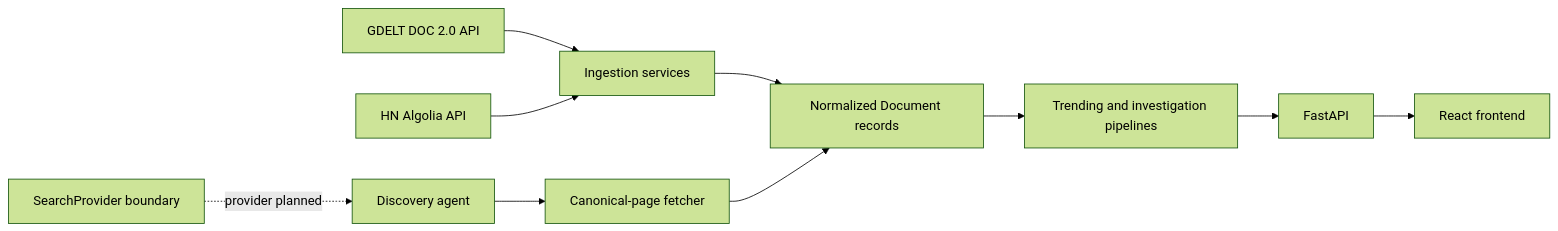
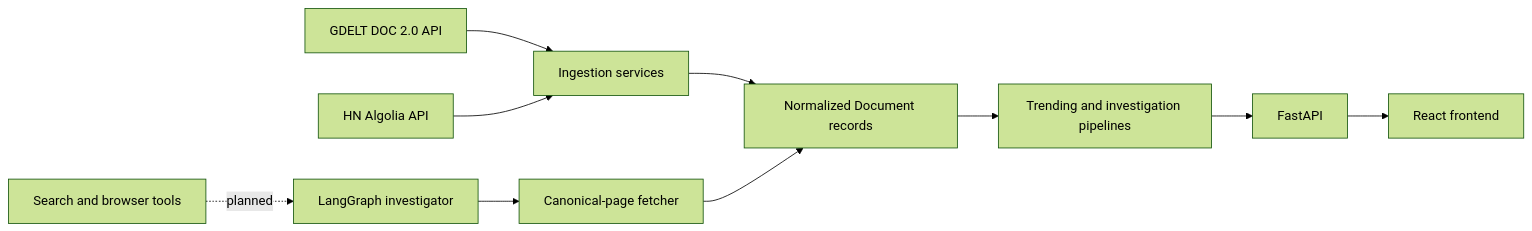
The diagram in README.md (mnihad000/rhetoriq), drawn with Mermaid (forest theme) before and after one commit. The commit also changed other lines of this file and 30 other files, not shown here.

````diff
--- a/README.md
+++ b/README.md
@@ -34,12 +34,12 @@
 ```mermaid
 flowchart LR
     G[GDELT DOC 2.0 API] --> I[Ingestion services]
     H[HN Algolia API] --> I
-    S[SearchProvider boundary] -. provider planned .-> D[Discovery agent]
+    S[Search and browser tools] -. planned .-> D[LangGraph investigator]
     I --> N[Normalized Document records]
     D --> F[Canonical-page fetcher]
     F --> N
     N --> T[Trending and investigation pipelines]
     T --> A[FastAPI]
     A --> U[React frontend]
 ```
````
